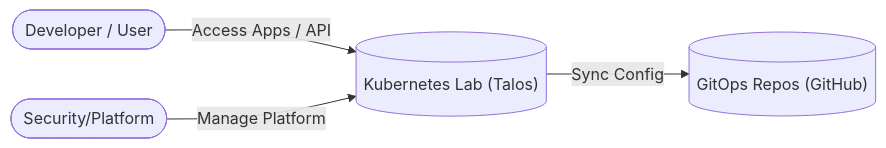
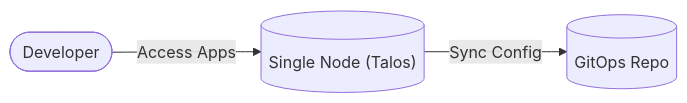
One commit to medaqueno/k8s-lab-infra changed the diagram in architecture_overview.md. Above: the diagram before and after it, drawn with Mermaid. The commit also changed other lines of this file and 3 other files, not shown here.

````diff
--- a/architecture_overview.md
+++ b/architecture_overview.md
@@ -8,6 +8,5 @@
 ```mermaid
 graph LR
-    User([Developer / User]) -- "Access Apps / API" --> Lab[("Kubernetes Lab (Talos)")]
-    Lab -- "Sync Config" --> Git[("GitOps Repos (GitHub)")]
-    Admin([Security/Platform]) -- "Manage Platform" --> Lab
+    User([Developer]) -- "Access Apps" --> Node[("Single Node (Talos)")]
+    Node -- "Sync Config" --> Git[("GitOps Repo")]
 ```
````
